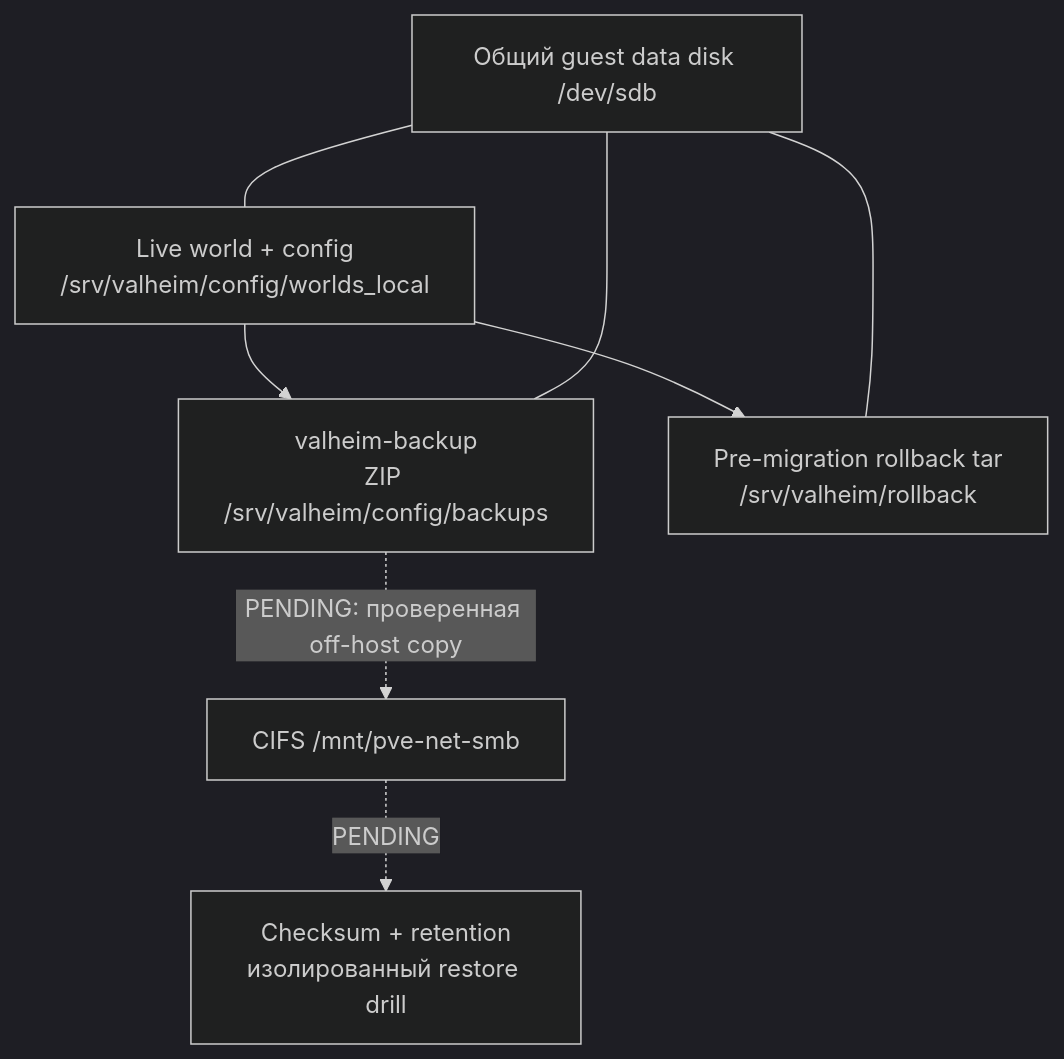
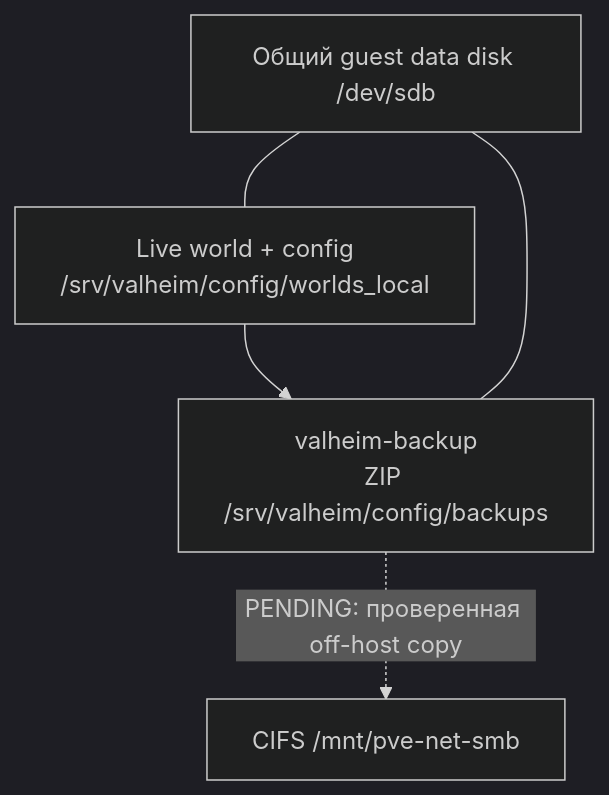
The ninth of 9 diagrams in Valheim/Valheim Dedicated Server/INTERVIEW_ARCHITECTURE_DEEP_DIVE_2026-11-08.md (ValentS1997/vsp-gamer-mods), drawn with Mermaid (dark theme) before and after one commit. The commit also changed other lines of this file, not shown here.

Commit message:
docs(valheim): make architecture deep dive presentation-ready

````diff
--- a/Valheim/Valheim Dedicated Server/INTERVIEW_ARCHITECTURE_DEEP_DIVE_2026-11-08.md
+++ b/Valheim/Valheim Dedicated Server/INTERVIEW_ARCHITECTURE_DEEP_DIVE_2026-11-08.md
@@ -257,10 +245,7 @@
 ```mermaid
 flowchart TB
     WORLD["Live world + config<br/>/srv/valheim/config/worlds_local"] --> LOCAL["valheim-backup<br/>ZIP /srv/valheim/config/backups"]
-    WORLD --> PRE["Pre-migration rollback tar<br/>/srv/valheim/rollback"]
     LOCAL -.->|"PENDING: проверенная off-host copy"| REMOTE["CIFS /mnt/pve-net-smb"]
-    REMOTE -.->|"PENDING"| TEST["Checksum + retention<br/>изолированный restore drill"]
     DISK["Общий guest data disk /dev/sdb"] --- WORLD
     DISK --- LOCAL
-    DISK --- PRE
 ```
````
